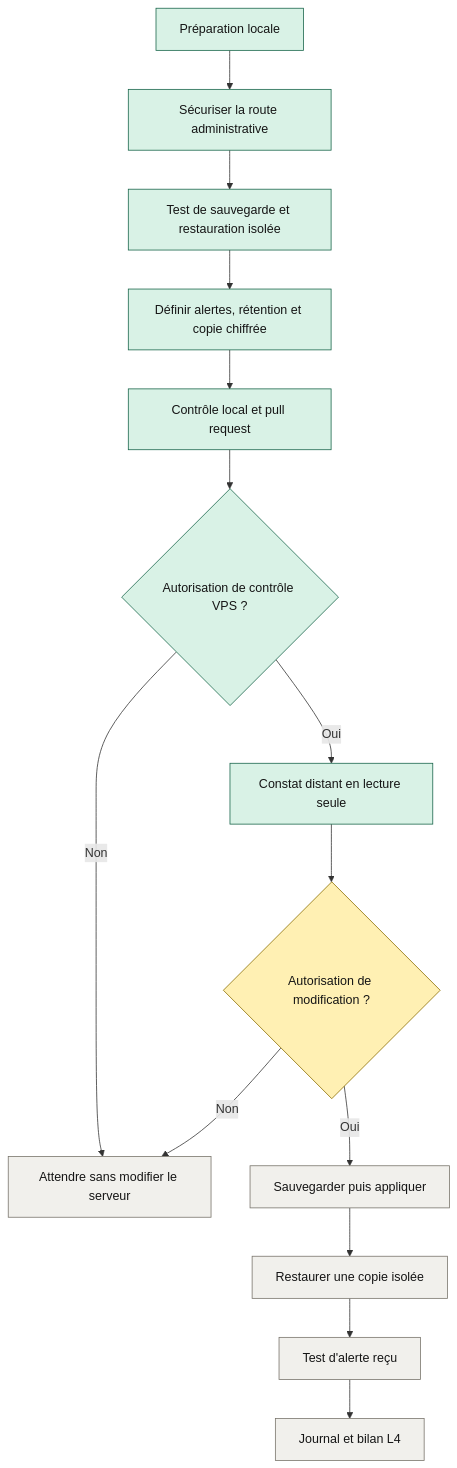
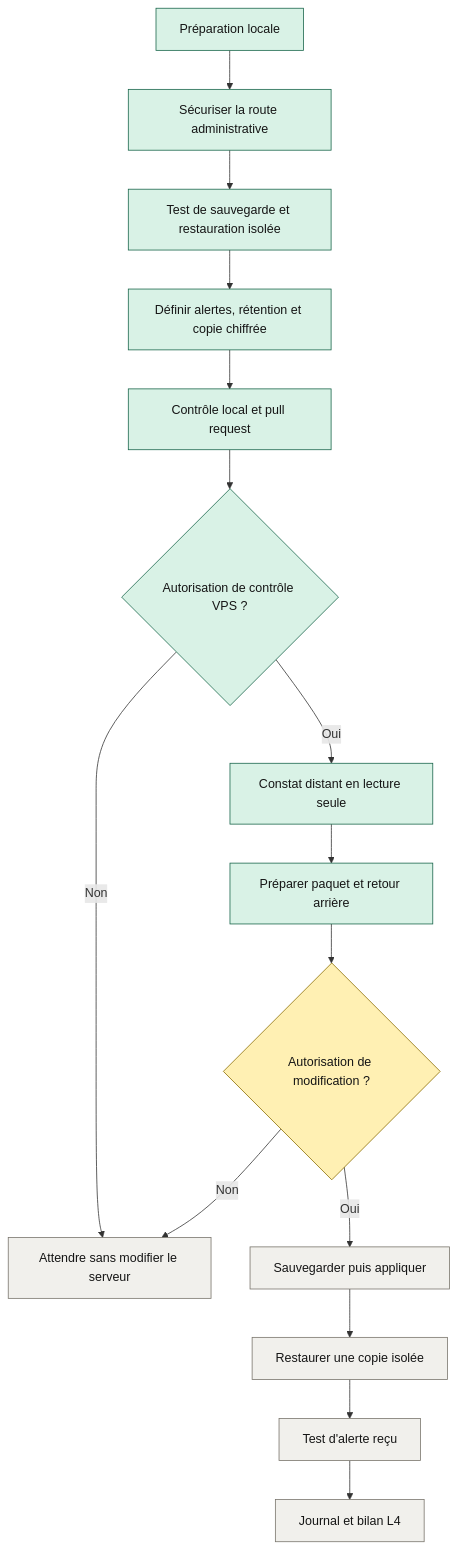
Before and after one commit to VinniMo/samstag: the diagram in docs/diagrams/l4-operations.mmd, drawn with Mermaid. The commit also changed 9 other files, not shown here.

```diff
--- a/docs/diagrams/l4-operations.mmd
+++ b/docs/diagrams/l4-operations.mmd
@@ -1,23 +1,24 @@
 flowchart TD
     A[Préparation locale] --> B[Sécuriser la route administrative]
     B --> C[Test de sauvegarde et restauration isolée]
     C --> D[Définir alertes, rétention et copie chiffrée]
     D --> P[Contrôle local et pull request]
     P --> E{Autorisation de contrôle VPS ?}
     E -->|Non| W[Attendre sans modifier le serveur]
     E -->|Oui| F[Constat distant en lecture seule]
-    F --> G{Autorisation de modification ?}
+    F --> Q[Préparer paquet et retour arrière]
+    Q --> G{Autorisation de modification ?}
     G -->|Non| W
     G -->|Oui| H[Sauvegarder puis appliquer]
     H --> I[Restaurer une copie isolée]
     I --> J[Test d'alerte reçu]
     J --> K[Journal et bilan L4]
 
     classDef done fill:#d9f2e6,stroke:#176449,color:#151515
     classDef ready fill:#dce8f7,stroke:#244bc0,color:#151515
     classDef approval fill:#fff0b3,stroke:#8a6d00,color:#151515
     classDef future fill:#f1f0ec,stroke:#77736a,color:#151515
 
-    class A,B,C,D,P,E,F done
+    class A,B,C,D,P,E,F,Q done
     class G approval
     class H,I,J,K,W future
```
